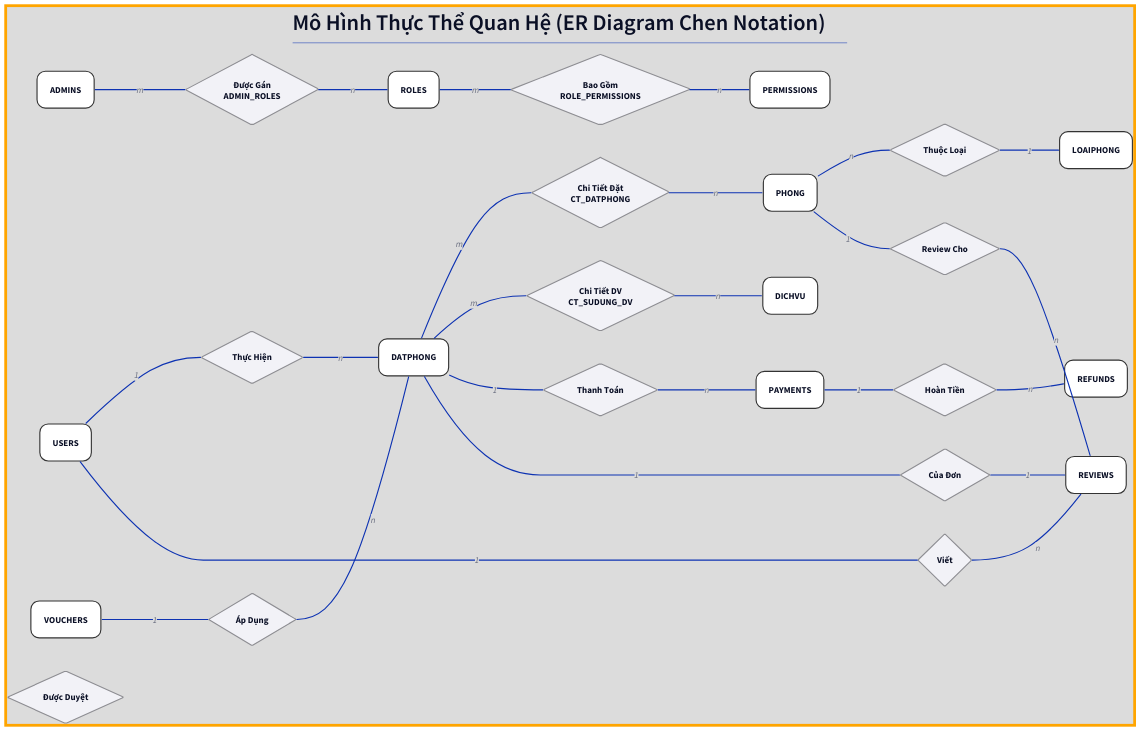
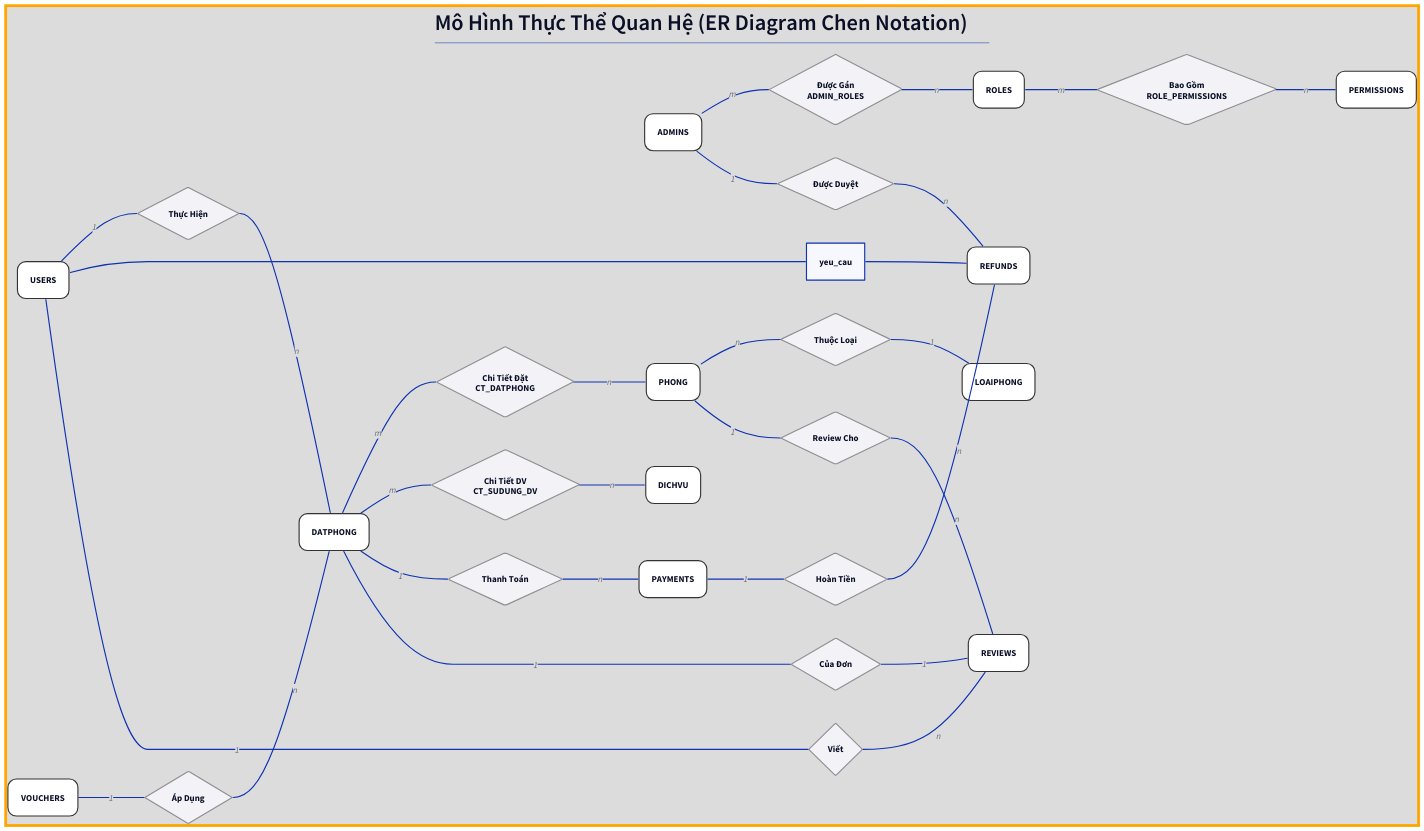
Before and after one commit to sam-uit/ie103-project-report: the diagram in report/content/diagrams/er.d2, drawn with D2.

```diff
--- a/report/content/diagrams/er.d2
+++ b/report/content/diagrams/er.d2
@@ -1,165 +1,166 @@
 # Template: D2
 # Author: Sam Dinh
 # Mục đích: Tạo ER Diagram Chen Notation.
 # Trang nguồn: https://d2lang.com/
 # VSCode extension: Terrastruct.d2
 
 direction: right
 
 # Tiêu đề: căn góc trên-giữa
 title: |md
   # Mô Hình Thực Thể Quan Hệ (ER Diagram Chen Notation)
 | {near: top-center}
 
 title.style: {
   font-size: 20
   # font: "mono"
 }
 
 # --- 0. STYLES ---
 style: {
   # font: "mono"
   fill: "#dcdcdc"
   stroke: "orange"
   stroke-width: 5
 }
 
 # --- 1. CSS STYLES (THEME) ---
 classes: {
   # Thực thể: Chữ nhật bo góc Apple style
   entity: {
     shape: rectangle
     style: {
       border-radius: 15
       stroke-width: 2
       fill: "#FFFFFF"
       stroke: "#333333"
     }
   }
 
   # Quan hệ (Relationship): Hình thoi
   rel: {
     shape: diamond
     style: {
       fill: "#F2F2F7"
       stroke: "#8E8E93"
       stroke-width: 2
     }
   }
 
   # Thuộc tính: Oval (chưa dùng nhiều để tránh rối)
   attr: {
     shape: oval
     width: 60
     height: 40
     style: {
       fill: "#F0F8FF"
       stroke: "#0d95de"
       stroke-width: 1
       font-size: 12
     }
   }
 }
 
 # --- 2. ENTITIES (THỰC THỂ) ---
 # Dựa trên init_tables.sql và tài liệu mô tả
 
 ADMINS: {class: entity; label: "ADMINS"}
 ROLES: {class: entity; label: "ROLES"}
 PERMISSIONS: {class: entity; label: "PERMISSIONS"}
 
 USERS: {class: entity; label: "USERS"}
 VOUCHERS: {class: entity; label: "VOUCHERS"}
 
 DATPHONG: {class: entity; label: "DATPHONG"}
 LOAIPHONG: {class: entity; label: "LOAIPHONG"}
 PHONG: {class: entity; label: "PHONG"}
 DICHVU: {class: entity; label: "DICHVU"}
 
 PAYMENTS: {class: entity; label: "PAYMENTS"}
 REFUNDS: {class: entity; label: "REFUNDS"}
 REVIEWS: {class: entity; label: "REVIEWS"}
 
 # --- 3. RELATIONSHIPS (MỐI QUAN HỆ) ---
 # Phân biệt rõ đâu là quan hệ. 
 # Các bảng trung gian N-N trong SQL được coi là Quan Hệ trong ERD.
 
 # Quan hệ N-N (Từ bảng trung gian)
 ADMIN_ROLES: {class: rel; label: "Được Gán\nADMIN_ROLES"}
 ROLE_PERMISSIONS: {class: rel; label: "Bao Gồm\nROLE_PERMISSIONS"}
 CT_DATPHONG: {class: rel; label: "Chi Tiết Đặt\nCT_DATPHONG"}
 CT_SUDUNG_DV: {class: rel; label: "Chi Tiết DV\nCT_SUDUNG_DV"}
 
 # Quan hệ 1-N / 1-1 (Logical)
 thuc_hien: {class: rel; label: "Thực Hiện"}
 thuoc_loai: {class: rel; label: "Thuộc Loại"}
 ap_dung: {class: rel; label: "Áp Dụng"}
 thanh_toan: {class: rel; label: "Thanh Toán"}
 hoan_tien: {class: rel; label: "Hoàn Tiền"}
 duoc_duyet: {class: rel; label: "Được Duyệt"}
 
 tao_review: {class: rel; label: "Viết"}
 review_cho: {class: rel; label: "Review Cho"}
 review_cua: {class: rel; label: "Của Đơn"}
 
 # --- 4. CONNECTIONS (CARDINALITY) ---
 
 # --- Nhóm User & Authorization ---
 # N-N: Admin - Roles
 ADMINS -- ADMIN_ROLES: m
 ADMIN_ROLES -- ROLES: n
 
 # N-N: Roles - Permissions
 ROLES -- ROLE_PERMISSIONS: m
 ROLE_PERMISSIONS -- PERMISSIONS: n
 
 # --- Nhóm Booking & Room ---
 # 1-N: User - DatPhong
 USERS -- thuc_hien: 1
 thuc_hien -- DATPHONG: n
 
 # N-N: DatPhong - Phong (thông qua CT_DATPHONG)
 DATPHONG -- CT_DATPHONG: m
 CT_DATPHONG -- PHONG: n
 
 # 1-N: LoaiPhong - Phong
 PHONG -- thuoc_loai: n
 thuoc_loai -- LOAIPHONG: 1
 
 # 1-N: Voucher - DatPhong
 VOUCHERS -- ap_dung: 1
 ap_dung -- DATPHONG: n
 
 # N-N: DatPhong - DichVu (thông qua CT_SUDUNG_DV)
 DATPHONG -- CT_SUDUNG_DV: m
 CT_SUDUNG_DV -- DICHVU: n
 
 # --- Nhóm Payment & Refund ---
 # 1-N: DatPhong - Payments (Một đơn có thể có nhiều giao dịch?)
 # SQL: Payment references Booking.
 DATPHONG -- thanh_toan: 1
 thanh_toan -- PAYMENTS: n
 
 # 1-N: Payments - Refunds
 PAYMENTS -- hoan_tien: 1
 hoan_tien -- REFUNDS: n
 
 # User & Admin liên quan đến Refund
-# USERS -- yeu_cau -- REFUNDS (Implicit via Payment or explicit?)
-# ADMINS -- duoc_duyet: 1
-# duoc_duyet -- REFUNDS: n
+USERS -- yeu_cau -- REFUNDS
+# (Implicit via Payment or explicit?)
+ADMINS -- duoc_duyet: 1
+duoc_duyet -- REFUNDS: n
 
 # --- Nhóm Review ---
 # SQL: Reviews references User, Phong, DatPhong (Unique)
 
 # 1-N: User - Reviews
 USERS -- tao_review: 1
 tao_review -- REVIEWS: n
 
 # 1-N: Phong - Reviews
 PHONG -- review_cho: 1
 review_cho -- REVIEWS: n
 
 # 1-1: DatPhong - Reviews (Mỗi đơn 1 review)
 DATPHONG -- review_cua: 1
 review_cua -- REVIEWS: 1
```
